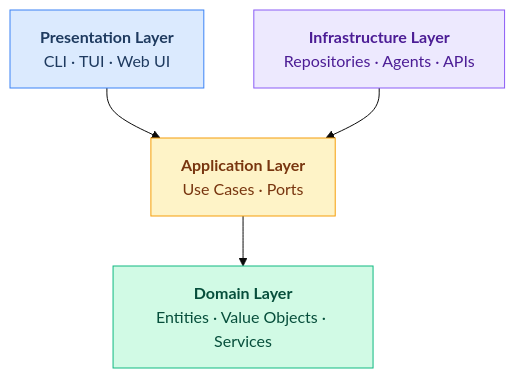
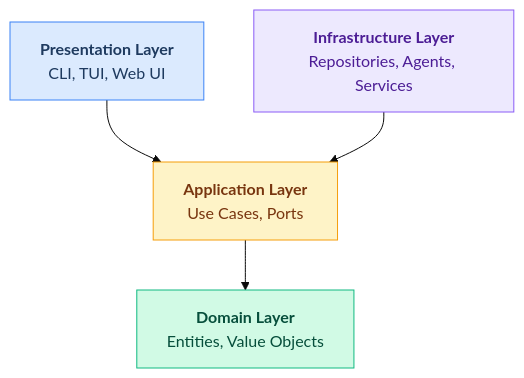
Before and after one commit to shep-ai/cli: the diagram in docs/architecture/clean-architecture.md, drawn with Mermaid (base theme). The commit also changed other lines of this file and 36 other files, not shown here.

````diff
--- a/docs/architecture/clean-architecture.md
+++ b/docs/architecture/clean-architecture.md
@@ -7,15 +7,15 @@
 ```mermaid
 flowchart TB
-    P["<b>Presentation Layer</b><br/>CLI · TUI · Web UI"]
-    A["<b>Application Layer</b><br/>Use Cases · Ports"]
-    D["<b>Domain Layer</b><br/>Entities · Value Objects · Services"]
-    I["<b>Infrastructure Layer</b><br/>Repositories · Agents · APIs"]
+    P["<b>Presentation Layer</b><br/>CLI, TUI, Web UI"]
+    A["<b>Application Layer</b><br/>Use Cases, Ports"]
+    D["<b>Domain Layer</b><br/>Entities, Value Objects"]
+    I["<b>Infrastructure Layer</b><br/>Repositories, Agents, Services"]
 
     P --> A --> D
     I --> A
 
     style P fill:#dbeafe,stroke:#3b82f6,color:#1e3a5f
     style A fill:#fef3c7,stroke:#f59e0b,color:#78350f
     style D fill:#d1fae5,stroke:#10b981,color:#064e3b
     style I fill:#ede9fe,stroke:#8b5cf6,color:#4c1d95
 ```
````
